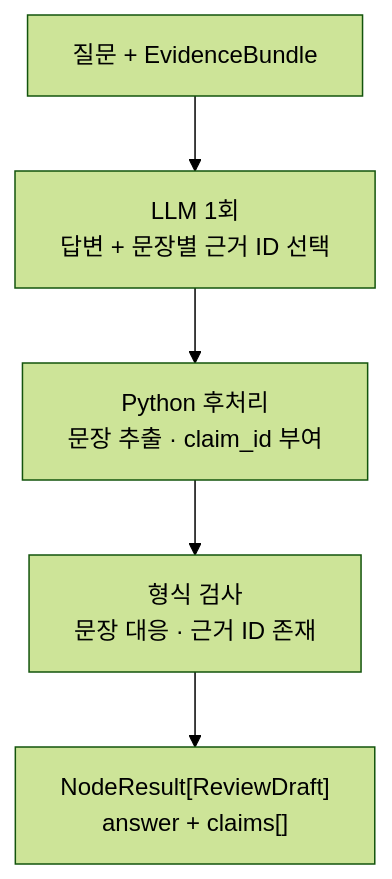
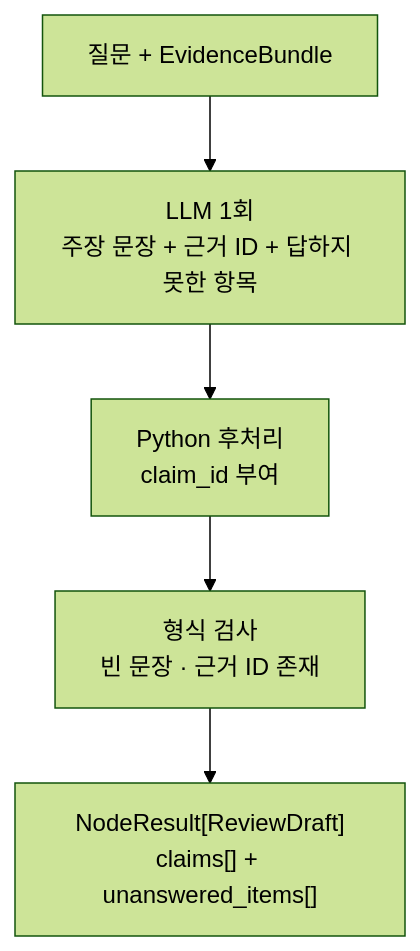
One commit to Jungminii-1114/ReportAnchor changed the diagram in docs/small-nodes/N-04.md. Above: the diagram before and after it, drawn with Mermaid (forest theme). The commit also changed other lines of this file and 15 other files, not shown here.

````diff
--- a/docs/small-nodes/N-04.md
+++ b/docs/small-nodes/N-04.md
@@ -72,7 +73,7 @@
 ```mermaid
 flowchart TD
-    A["질문 + EvidenceBundle"] --> B["LLM 1회<br/>답변 + 문장별 근거 ID 선택"]
-    B --> C["Python 후처리<br/>문장 추출 · claim_id 부여"]
-    C --> D["형식 검사<br/>문장 대응 · 근거 ID 존재"]
-    D --> E["NodeResult[ReviewDraft]<br/>answer + claims[]"]
+    A["질문 + EvidenceBundle"] --> B["LLM 1회<br/>주장 문장 + 근거 ID + 답하지 못한 항목"]
+    B --> C["Python 후처리<br/>claim_id 부여"]
+    C --> D["형식 검사<br/>빈 문장 · 근거 ID 존재"]
+    D --> E["NodeResult[ReviewDraft]<br/>claims[] + unanswered_items[]"]
 ```
````
